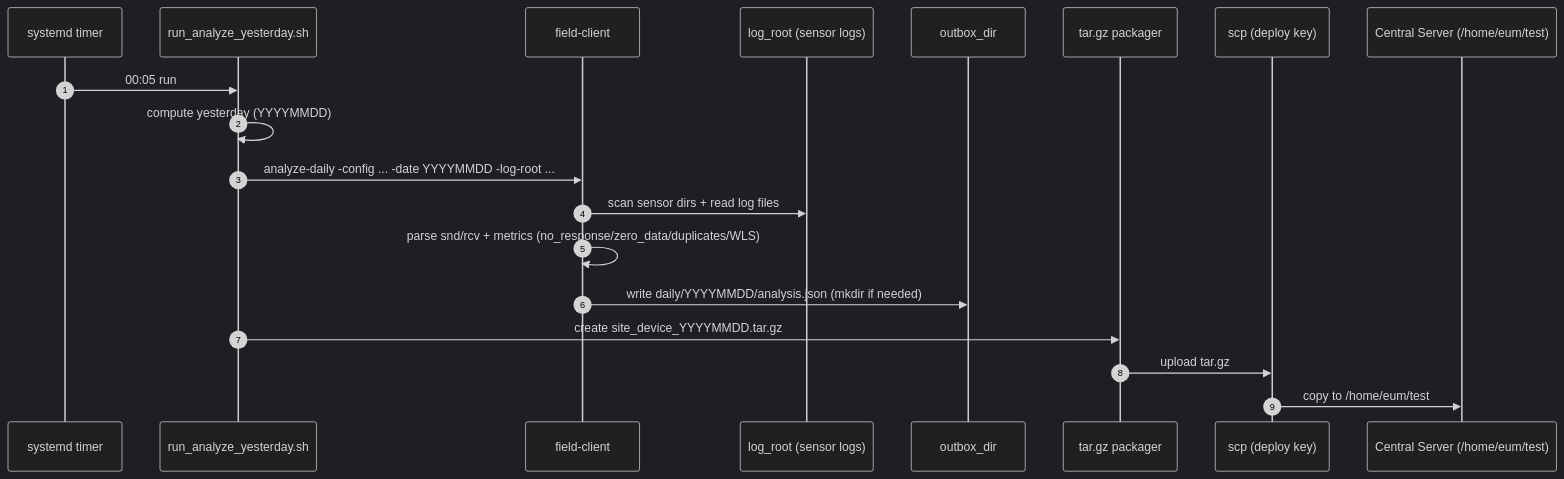
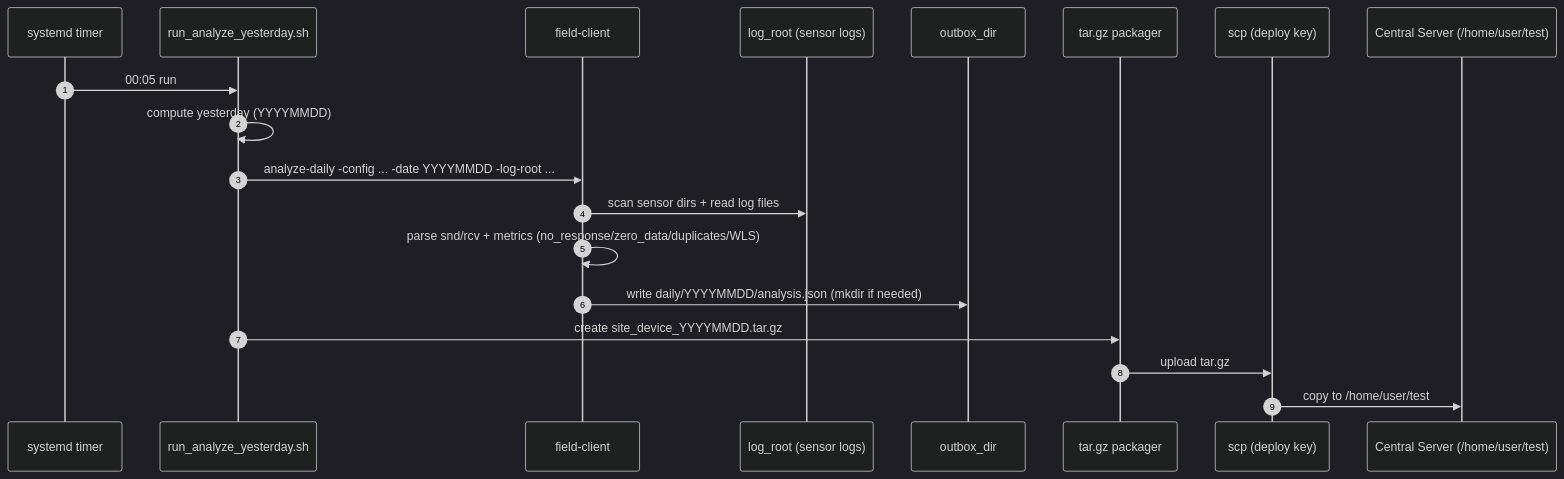
The second of 3 diagrams in README.md (dev99test/workFiled_data_analysis), drawn with Mermaid (dark theme) before and after one commit. The commit also changed other lines of this file, not shown here.

````diff
--- a/README.md
+++ b/README.md
@@ -217,26 +217,26 @@
 ```mermaid
 ---
 config:
   layout: dagre
 ---
 sequenceDiagram
   autonumber
   participant T as systemd timer
   participant S as run_analyze_yesterday.sh
   participant FC as field-client
   participant LOG as log_root (sensor logs)
   participant OUT as outbox_dir
   participant TAR as tar.gz packager
   participant SCP as scp (deploy key)
-  participant SV as Central Server (/home/eum/test)
+  participant SV as Central Server (/home/user/test)
 
   T->>S: 00:05 run
   S->>S: compute yesterday (YYYYMMDD)
   S->>FC: analyze-daily -config ... -date YYYYMMDD -log-root ...
   FC->>LOG: scan sensor dirs + read log files
   FC->>FC: parse snd/rcv + metrics (no_response/zero_data/duplicates/WLS)
   FC->>OUT: write daily/YYYYMMDD/analysis.json (mkdir if needed)
   S->>TAR: create site_device_YYYYMMDD.tar.gz
   TAR->>SCP: upload tar.gz
-  SCP->>SV: copy to /home/eum/test
+  SCP->>SV: copy to /home/user/test
 ```
````
